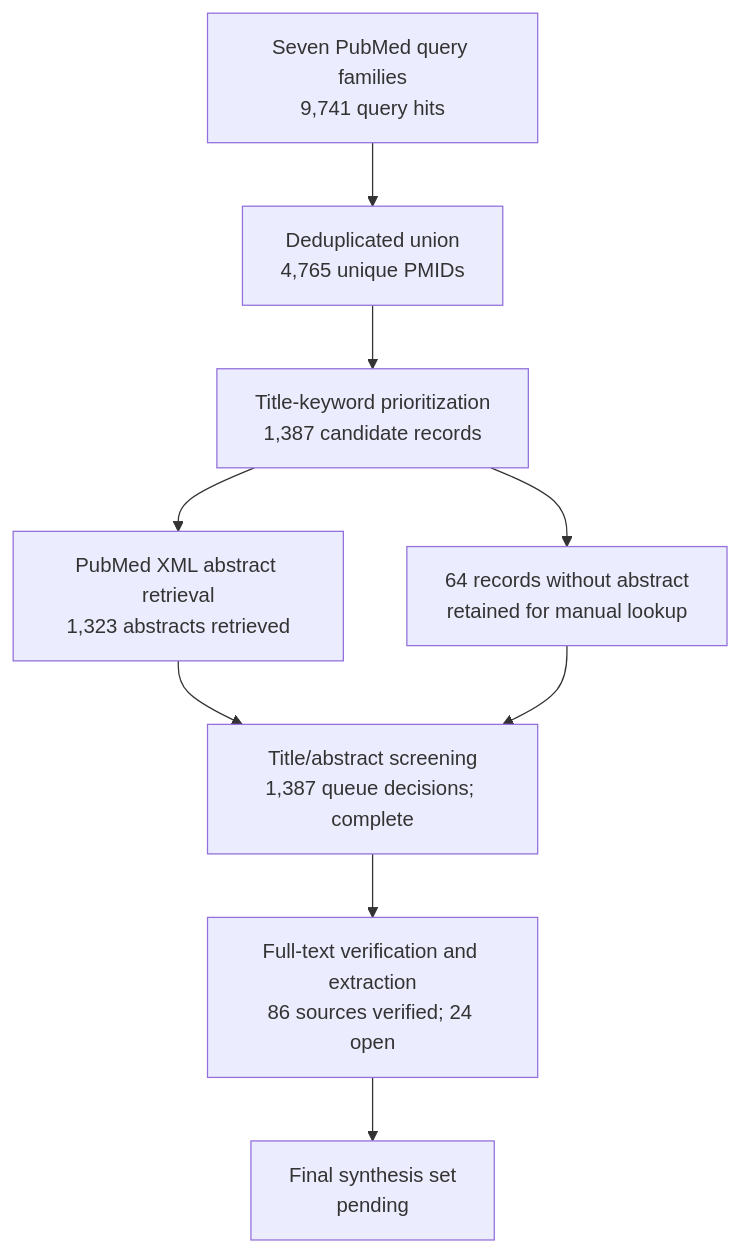
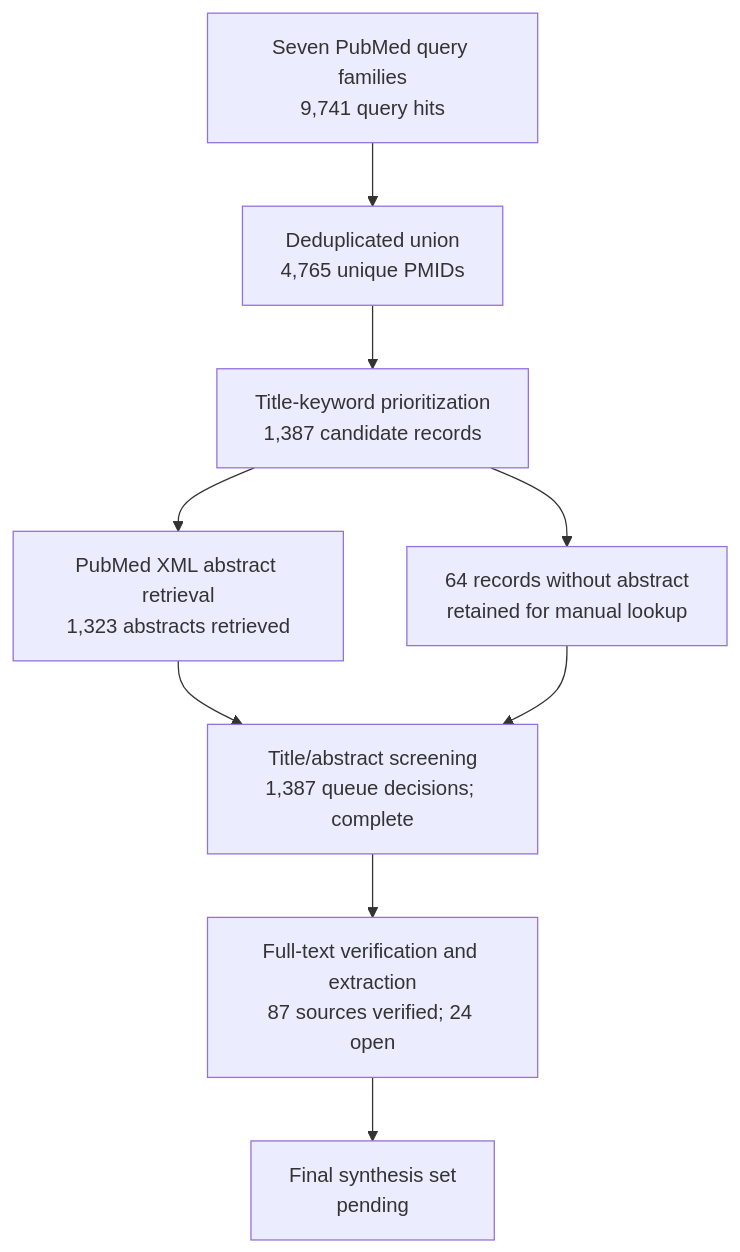
One commit to dcmcshan/artemisia changed the diagram in manuscript/review-flow.md. Above: the diagram before and after it, drawn with Mermaid. The commit also changed other lines of this file and 23 other files, not shown here.

````diff
--- a/manuscript/review-flow.md
+++ b/manuscript/review-flow.md
@@ -5,11 +5,11 @@
 ```mermaid
 flowchart TB
   Q[Seven PubMed query families<br/>9,741 query hits] --> U[Deduplicated union<br/>4,765 unique PMIDs]
   U --> T[Title-keyword prioritization<br/>1,387 candidate records]
   T --> A[PubMed XML abstract retrieval<br/>1,323 abstracts retrieved]
   T --> N[64 records without abstract<br/>retained for manual lookup]
   A --> M[Title/abstract screening<br/>1,387 queue decisions; complete]
   N --> M
-  M --> F[Full-text verification and extraction<br/>86 sources verified; 24 open]
+  M --> F[Full-text verification and extraction<br/>87 sources verified; 24 open]
   F --> S[Final synthesis set<br/>pending]
 ```
````
